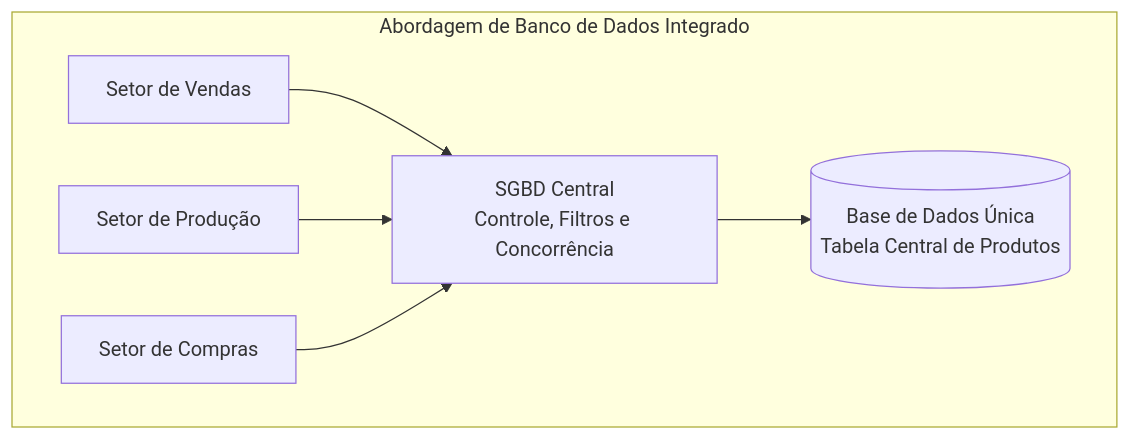
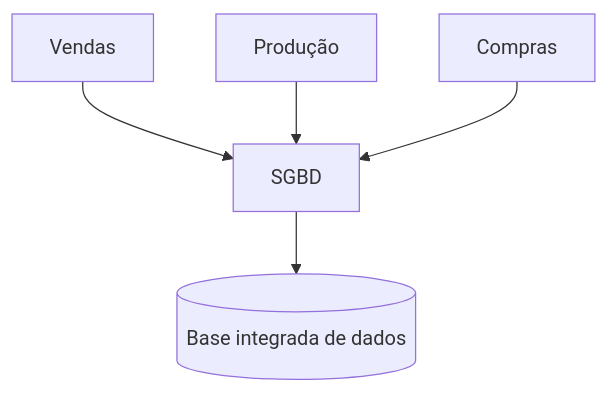
Before and after one commit to leorruas/puc: the second of 4 diagrams in 02. Modelagem de Dados/02. Abordagem de arquivos vs. abordagem de banco de dados.md, drawn with Mermaid. The commit also changed other lines of this file, not shown here.

Commit message:
Normaliza Mermaid de arquivos e bancos de dados

````diff
--- a/02. Modelagem de Dados/02. Abordagem de arquivos vs. abordagem de banco de dados.md
+++ b/02. Modelagem de Dados/02. Abordagem de arquivos vs. abordagem de banco de dados.md
@@ -64,16 +69,13 @@
 ```mermaid
 flowchart TD
-    subgraph SubgraphIntegrado["Abordagem de Banco de Dados Integrado"]
-        VendasApp["Setor de Vendas"]
-        ProdApp["Setor de Produção"]
-        ComprasApp["Setor de Compras"]
-        
-        SGBD["SGBD Central<br>Controle, Filtros e Concorrência"]
-        BDIdeal[("Base de Dados Única<br>Tabela Central de Produtos")]
-        
-        VendasApp --> SGBD
-        ProdApp --> SGBD
-        ComprasApp --> SGBD
-        SGBD --> BDIdeal
-    end
+    Vendas["Vendas"]:::external
+    Producao["Produção"]:::external
+    Compras["Compras"]:::external
+    SGBD["SGBD"]:::core
+    Dados[("Base integrada de dados")]:::data
+
+    Vendas --> SGBD
+    Producao --> SGBD
+    Compras --> SGBD
+    SGBD --> Dados
 ```
````
